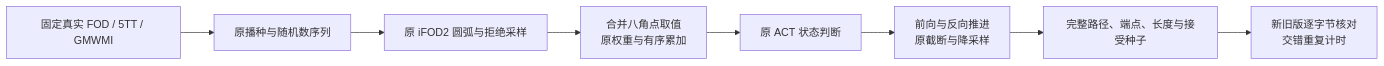
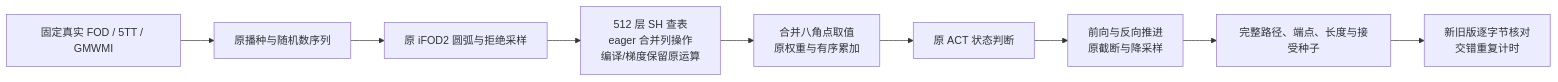
One commit to weikanggong1/Fudan-Neuroimaging-toolkit changed the diagram in docs/connectome/TRACKING_PERFORMANCE_OPTIMIZATION.md. Above: the diagram before and after it, drawn with Mermaid. The commit also changed other lines of this file and 30 other files, not shown here.

```diff
--- a/docs/connectome/TRACKING_PERFORMANCE_OPTIMIZATION.md
+++ b/docs/connectome/TRACKING_PERFORMANCE_OPTIMIZATION.md
@@ -11,10 +11,11 @@
 ~~~mermaid
 flowchart LR
     INPUT[固定真实 FOD / 5TT / GMWMI] --> SEED[原播种与随机数序列]
     SEED --> ARC[原 iFOD2 圆弧与拒绝采样]
-    ARC --> SAMPLE[合并八角点取值<br/>原权重与有序累加]
+    ARC --> SH[512 层 SH 查表<br/>eager 合并列操作<br/>编译/梯度保留原运算]
+    SH --> SAMPLE[合并八角点取值<br/>原权重与有序累加]
     SAMPLE --> ACT[原 ACT 状态判断]
     ACT --> GROW[前向与反向推进<br/>原截断与降采样]
     GROW --> OUT[完整路径、端点、长度与接受种子]
     OUT --> CHECK[新旧版逐字节核对<br/>交错重复计时]
 ~~~
```
